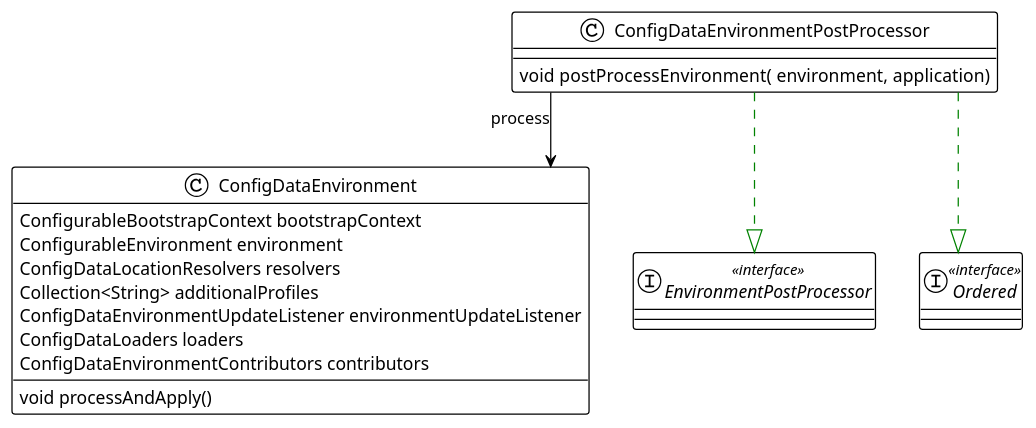
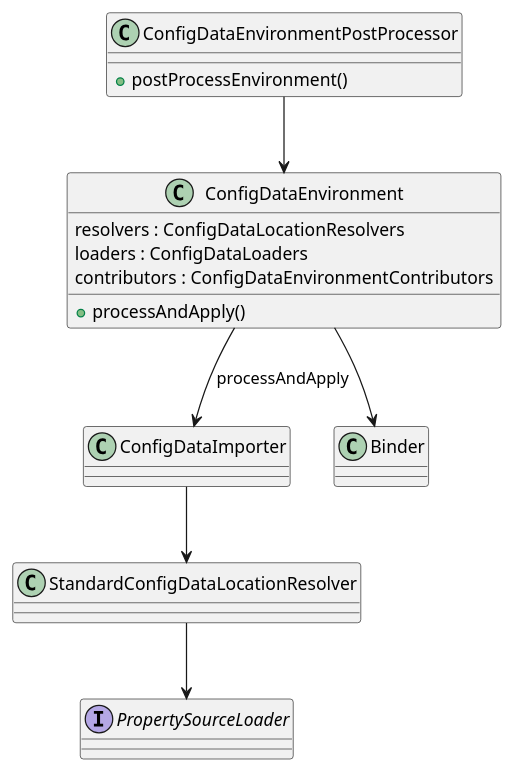
One commit to kevinwang930/kevinwang930.github.io changed the seventh of 12 diagrams in content/post/java/spring/spring-boot.md. Above: the diagram before and after it, drawn with PlantUML. The commit also changed other lines of this file and 2 other files, not shown here.

````diff
--- a/content/post/java/spring/spring-boot.md
+++ b/content/post/java/spring/spring-boot.md
@@ -263,34 +357,22 @@
 ```plantuml
-
-
-
-!theme plain
-top to bottom direction
-skinparam linetype ortho
-
+@startuml
 class ConfigDataEnvironmentPostProcessor {
-    void postProcessEnvironment( environment,  application)
+  +postProcessEnvironment()
 }
 class ConfigDataEnvironment {
-    ConfigurableBootstrapContext bootstrapContext
-    ConfigurableEnvironment environment
-    ConfigDataLocationResolvers resolvers
-    Collection<String> additionalProfiles
-    ConfigDataEnvironmentUpdateListener environmentUpdateListener
-    ConfigDataLoaders loaders
-    ConfigDataEnvironmentContributors contributors
-    void processAndApply()
+  resolvers : ConfigDataLocationResolvers
+  loaders : ConfigDataLoaders
+  contributors : ConfigDataEnvironmentContributors
+  +processAndApply()
 }
-
-
-interface EnvironmentPostProcessor << interface >>
-
-interface Ordered << interface >>
-
-ConfigDataEnvironmentPostProcessor  -[#008200,dashed]-^  EnvironmentPostProcessor           
-ConfigDataEnvironmentPostProcessor  -[#008200,dashed]-^  Ordered     
-
-ConfigDataEnvironmentPostProcessor --> ConfigDataEnvironment: process
-        
-
+class ConfigDataImporter
+class StandardConfigDataLocationResolver
+interface PropertySourceLoader
+class Binder
+ConfigDataEnvironmentPostProcessor --> ConfigDataEnvironment
+ConfigDataEnvironment --> ConfigDataImporter : processAndApply
+ConfigDataImporter --> StandardConfigDataLocationResolver
+StandardConfigDataLocationResolver --> PropertySourceLoader
+ConfigDataEnvironment --> Binder
+@enduml
 ```
````
